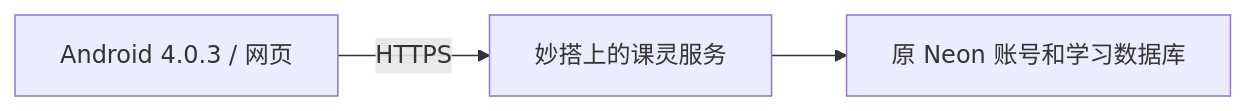
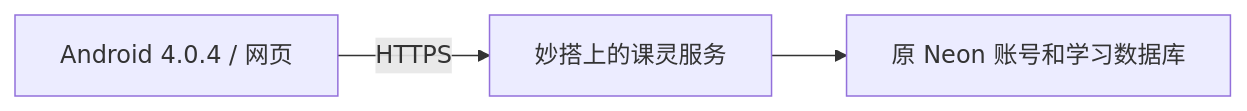
One commit to Hyhyhyyy/KeLing4.0 changed the diagram in docs/auth/DIRECT_ACCESS_2026-10-31.md. Above: the diagram before and after it, drawn with Mermaid. The commit also changed other lines of this file and 79 other files, not shown here.

````diff
--- a/docs/auth/DIRECT_ACCESS_2026-10-31.md
+++ b/docs/auth/DIRECT_ACCESS_2026-10-31.md
@@ -20,5 +20,5 @@
 ```mermaid
 flowchart LR
-    A[Android 4.0.3 / 网页] -->|HTTPS| B[妙搭上的课灵服务]
+    A[Android 4.0.4 / 网页] -->|HTTPS| B[妙搭上的课灵服务]
     B --> C[原 Neon 账号和学习数据库]
 ```
````
